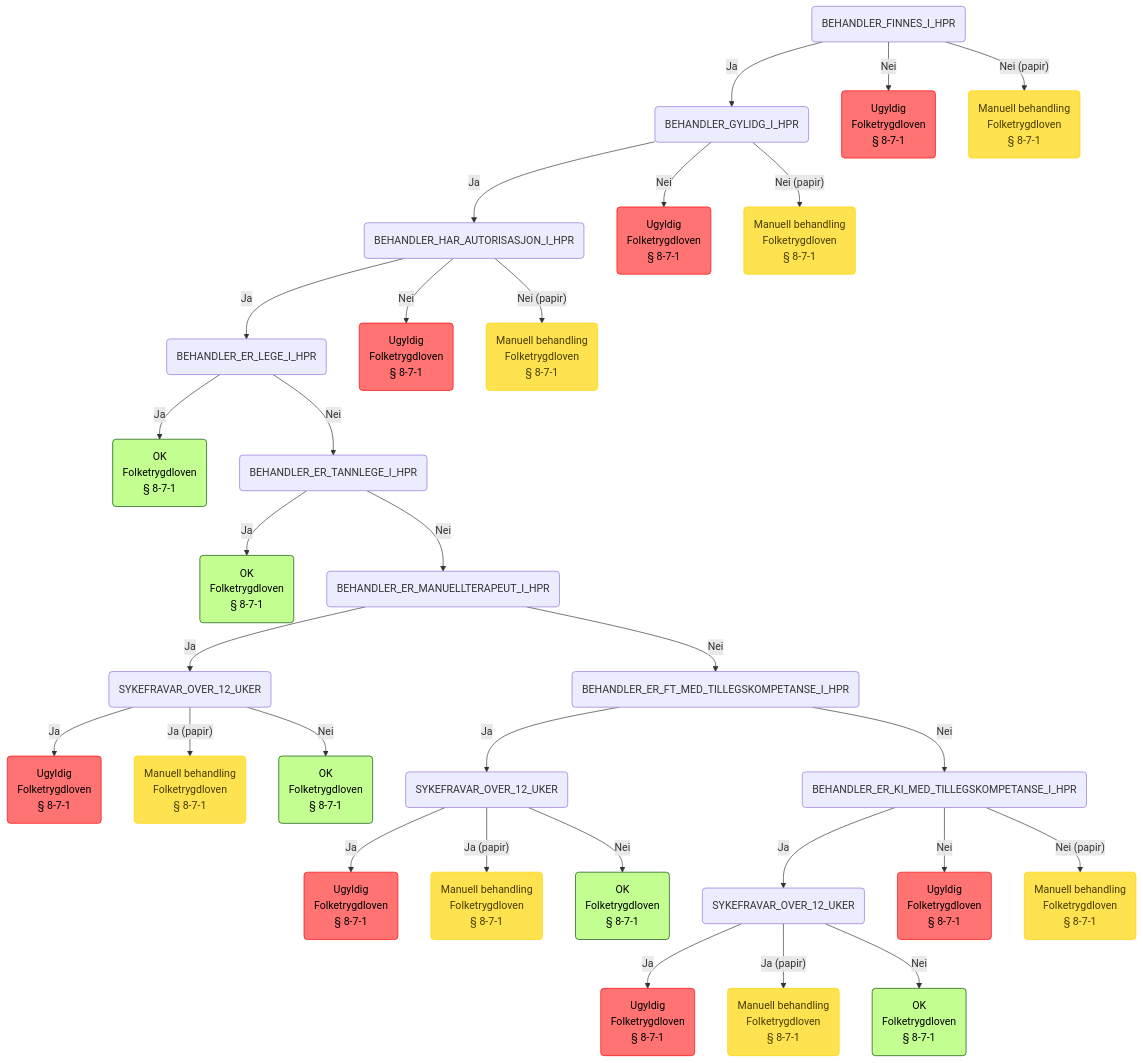
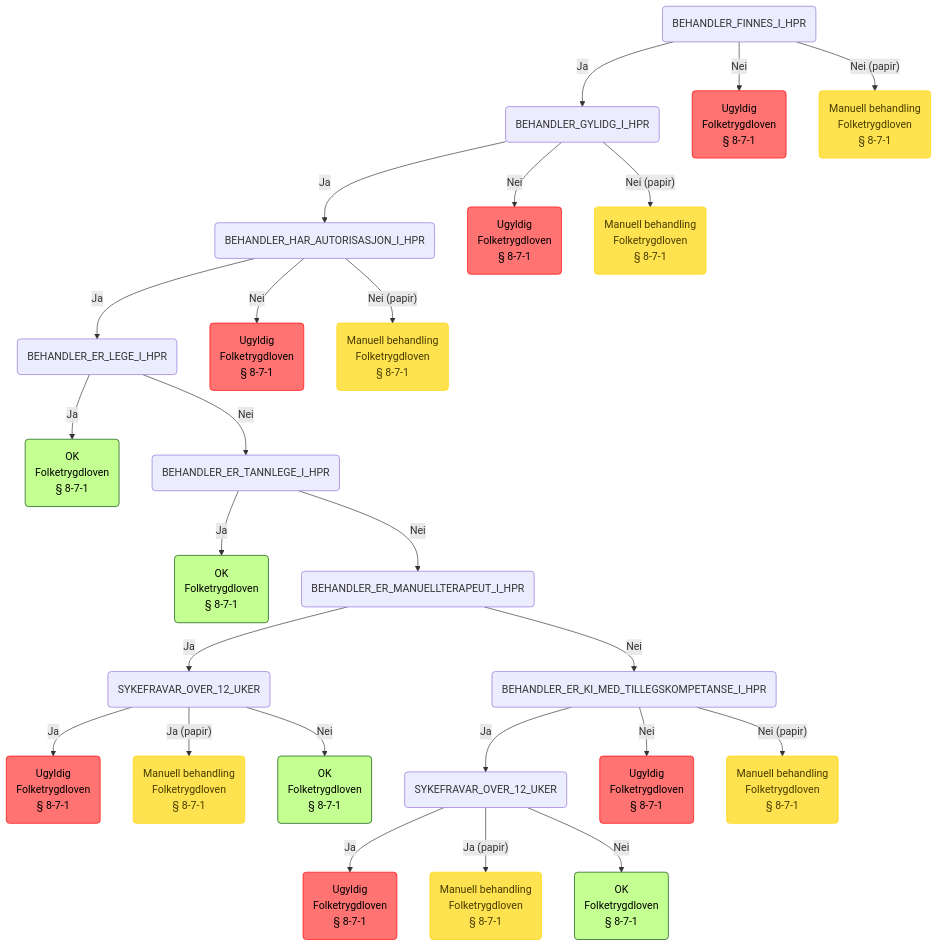
The fourth of 8 diagrams in RULE-TREE.md (navikt/regulus-regula), drawn with Mermaid before and after one commit. The commit also changed 5 other files, not shown here.

```diff
--- a/RULE-TREE.md
+++ b/RULE-TREE.md
@@ -127,38 +127,24 @@
 Folketrygdloven
  § 8-7-1):::ok
     click root_BEHANDLER_FINNES_I_HPR_BEHANDLER_GYLIDG_I_HPR_BEHANDLER_HAR_AUTORISASJON_I_HPR_BEHANDLER_ER_LEGE_I_HPR_BEHANDLER_ER_TANNLEGE_I_HPR_BEHANDLER_ER_MANUELLTERAPEUT_I_HPR_SYKEFRAVAR_OVER_12_UKER_OK "https://lovdata.no/nav/folketrygdloven/kap8#PARAGRAF_8-7" "Gå til lovdata"
-    root_BEHANDLER_FINNES_I_HPR_BEHANDLER_GYLIDG_I_HPR_BEHANDLER_HAR_AUTORISASJON_I_HPR_BEHANDLER_ER_LEGE_I_HPR_BEHANDLER_ER_TANNLEGE_I_HPR_BEHANDLER_ER_MANUELLTERAPEUT_I_HPR(BEHANDLER_ER_MANUELLTERAPEUT_I_HPR) -->|Nei| root_BEHANDLER_FINNES_I_HPR_BEHANDLER_GYLIDG_I_HPR_BEHANDLER_HAR_AUTORISASJON_I_HPR_BEHANDLER_ER_LEGE_I_HPR_BEHANDLER_ER_TANNLEGE_I_HPR_BEHANDLER_ER_MANUELLTERAPEUT_I_HPR_BEHANDLER_ER_FT_MED_TILLEGSKOMPETANSE_I_HPR(BEHANDLER_ER_FT_MED_TILLEGSKOMPETANSE_I_HPR)
-    root_BEHANDLER_FINNES_I_HPR_BEHANDLER_GYLIDG_I_HPR_BEHANDLER_HAR_AUTORISASJON_I_HPR_BEHANDLER_ER_LEGE_I_HPR_BEHANDLER_ER_TANNLEGE_I_HPR_BEHANDLER_ER_MANUELLTERAPEUT_I_HPR_BEHANDLER_ER_FT_MED_TILLEGSKOMPETANSE_I_HPR(BEHANDLER_ER_FT_MED_TILLEGSKOMPETANSE_I_HPR) -->|Ja| root_BEHANDLER_FINNES_I_HPR_BEHANDLER_GYLIDG_I_HPR_BEHANDLER_HAR_AUTORISASJON_I_HPR_BEHANDLER_ER_LEGE_I_HPR_BEHANDLER_ER_TANNLEGE_I_HPR_BEHANDLER_ER_MANUELLTERAPEUT_I_HPR_BEHANDLER_ER_FT_MED_TILLEGSKOMPETANSE_I_HPR_SYKEFRAVAR_OVER_12_UKER(SYKEFRAVAR_OVER_12_UKER)
-    root_BEHANDLER_FINNES_I_HPR_BEHANDLER_GYLIDG_I_HPR_BEHANDLER_HAR_AUTORISASJON_I_HPR_BEHANDLER_ER_LEGE_I_HPR_BEHANDLER_ER_TANNLEGE_I_HPR_BEHANDLER_ER_MANUELLTERAPEUT_I_HPR_BEHANDLER_ER_FT_MED_TILLEGSKOMPETANSE_I_HPR_SYKEFRAVAR_OVER_12_UKER(SYKEFRAVAR_OVER_12_UKER) -->|Ja| root_BEHANDLER_FINNES_I_HPR_BEHANDLER_GYLIDG_I_HPR_BEHANDLER_HAR_AUTORISASJON_I_HPR_BEHANDLER_ER_LEGE_I_HPR_BEHANDLER_ER_TANNLEGE_I_HPR_BEHANDLER_ER_MANUELLTERAPEUT_I_HPR_BEHANDLER_ER_FT_MED_TILLEGSKOMPETANSE_I_HPR_SYKEFRAVAR_OVER_12_UKER_INVALID(Ugyldig
+    root_BEHANDLER_FINNES_I_HPR_BEHANDLER_GYLIDG_I_HPR_BEHANDLER_HAR_AUTORISASJON_I_HPR_BEHANDLER_ER_LEGE_I_HPR_BEHANDLER_ER_TANNLEGE_I_HPR_BEHANDLER_ER_MANUELLTERAPEUT_I_HPR(BEHANDLER_ER_MANUELLTERAPEUT_I_HPR) -->|Nei| root_BEHANDLER_FINNES_I_HPR_BEHANDLER_GYLIDG_I_HPR_BEHANDLER_HAR_AUTORISASJON_I_HPR_BEHANDLER_ER_LEGE_I_HPR_BEHANDLER_ER_TANNLEGE_I_HPR_BEHANDLER_ER_MANUELLTERAPEUT_I_HPR_BEHANDLER_ER_KI_MED_TILLEGSKOMPETANSE_I_HPR(BEHANDLER_ER_KI_MED_TILLEGSKOMPETANSE_I_HPR)
+    root_BEHANDLER_FINNES_I_HPR_BEHANDLER_GYLIDG_I_HPR_BEHANDLER_HAR_AUTORISASJON_I_HPR_BEHANDLER_ER_LEGE_I_HPR_BEHANDLER_ER_TANNLEGE_I_HPR_BEHANDLER_ER_MANUELLTERAPEUT_I_HPR_BEHANDLER_ER_KI_MED_TILLEGSKOMPETANSE_I_HPR(BEHANDLER_ER_KI_MED_TILLEGSKOMPETANSE_I_HPR) -->|Ja| root_BEHANDLER_FINNES_I_HPR_BEHANDLER_GYLIDG_I_HPR_BEHANDLER_HAR_AUTORISASJON_I_HPR_BEHANDLER_ER_LEGE_I_HPR_BEHANDLER_ER_TANNLEGE_I_HPR_BEHANDLER_ER_MANUELLTERAPEUT_I_HPR_BEHANDLER_ER_KI_MED_TILLEGSKOMPETANSE_I_HPR_SYKEFRAVAR_OVER_12_UKER(SYKEFRAVAR_OVER_12_UKER)
+    root_BEHANDLER_FINNES_I_HPR_BEHANDLER_GYLIDG_I_HPR_BEHANDLER_HAR_AUTORISASJON_I_HPR_BEHANDLER_ER_LEGE_I_HPR_BEHANDLER_ER_TANNLEGE_I_HPR_BEHANDLER_ER_MANUELLTERAPEUT_I_HPR_BEHANDLER_ER_KI_MED_TILLEGSKOMPETANSE_I_HPR_SYKEFRAVAR_OVER_12_UKER(SYKEFRAVAR_OVER_12_UKER) -->|Ja| root_BEHANDLER_FINNES_I_HPR_BEHANDLER_GYLIDG_I_HPR_BEHANDLER_HAR_AUTORISASJON_I_HPR_BEHANDLER_ER_LEGE_I_HPR_BEHANDLER_ER_TANNLEGE_I_HPR_BEHANDLER_ER_MANUELLTERAPEUT_I_HPR_BEHANDLER_ER_KI_MED_TILLEGSKOMPETANSE_I_HPR_SYKEFRAVAR_OVER_12_UKER_INVALID(Ugyldig
 Folketrygdloven
  § 8-7-1):::invalid
-    click root_BEHANDLER_FINNES_I_HPR_BEHANDLER_GYLIDG_I_HPR_BEHANDLER_HAR_AUTORISASJON_I_HPR_BEHANDLER_ER_LEGE_I_HPR_BEHANDLER_ER_TANNLEGE_I_HPR_BEHANDLER_ER_MANUELLTERAPEUT_I_HPR_BEHANDLER_ER_FT_MED_TILLEGSKOMPETANSE_I_HPR_SYKEFRAVAR_OVER_12_UKER_INVALID "https://lovdata.no/nav/folketrygdloven/kap8#PARAGRAF_8-7" "Gå til lovdata"
-    root_BEHANDLER_FINNES_I_HPR_BEHANDLER_GYLIDG_I_HPR_BEHANDLER_HAR_AUTORISASJON_I_HPR_BEHANDLER_ER_LEGE_I_HPR_BEHANDLER_ER_TANNLEGE_I_HPR_BEHANDLER_ER_MANUELLTERAPEUT_I_HPR_BEHANDLER_ER_FT_MED_TILLEGSKOMPETANSE_I_HPR_SYKEFRAVAR_OVER_12_UKER(SYKEFRAVAR_OVER_12_UKER) -->|"Ja (papir)"| root_BEHANDLER_FINNES_I_HPR_BEHANDLER_GYLIDG_I_HPR_BEHANDLER_HAR_AUTORISASJON_I_HPR_BEHANDLER_ER_LEGE_I_HPR_BEHANDLER_ER_TANNLEGE_I_HPR_BEHANDLER_ER_MANUELLTERAPEUT_I_HPR_BEHANDLER_ER_FT_MED_TILLEGSKOMPETANSE_I_HPR_SYKEFRAVAR_OVER_12_UKER_INVALID_papir(Manuell behandling
+    click root_BEHANDLER_FINNES_I_HPR_BEHANDLER_GYLIDG_I_HPR_BEHANDLER_HAR_AUTORISASJON_I_HPR_BEHANDLER_ER_LEGE_I_HPR_BEHANDLER_ER_TANNLEGE_I_HPR_BEHANDLER_ER_MANUELLTERAPEUT_I_HPR_BEHANDLER_ER_KI_MED_TILLEGSKOMPETANSE_I_HPR_SYKEFRAVAR_OVER_12_UKER_INVALID "https://lovdata.no/nav/folketrygdloven/kap8#PARAGRAF_8-7" "Gå til lovdata"
+    root_BEHANDLER_FINNES_I_HPR_BEHANDLER_GYLIDG_I_HPR_BEHANDLER_HAR_AUTORISASJON_I_HPR_BEHANDLER_ER_LEGE_I_HPR_BEHANDLER_ER_TANNLEGE_I_HPR_BEHANDLER_ER_MANUELLTERAPEUT_I_HPR_BEHANDLER_ER_KI_MED_TILLEGSKOMPETANSE_I_HPR_SYKEFRAVAR_OVER_12_UKER(SYKEFRAVAR_OVER_12_UKER) -->|"Ja (papir)"| root_BEHANDLER_FINNES_I_HPR_BEHANDLER_GYLIDG_I_HPR_BEHANDLER_HAR_AUTORISASJON_I_HPR_BEHANDLER_ER_LEGE_I_HPR_BEHANDLER_ER_TANNLEGE_I_HPR_BEHANDLER_ER_MANUELLTERAPEUT_I_HPR_BEHANDLER_ER_KI_MED_TILLEGSKOMPETANSE_I_HPR_SYKEFRAVAR_OVER_12_UKER_INVALID_papir(Manuell behandling
 Folketrygdloven
  § 8-7-1):::manuell
-    click root_BEHANDLER_FINNES_I_HPR_BEHANDLER_GYLIDG_I_HPR_BEHANDLER_HAR_AUTORISASJON_I_HPR_BEHANDLER_ER_LEGE_I_HPR_BEHANDLER_ER_TANNLEGE_I_HPR_BEHANDLER_ER_MANUELLTERAPEUT_I_HPR_BEHANDLER_ER_FT_MED_TILLEGSKOMPETANSE_I_HPR_SYKEFRAVAR_OVER_12_UKER_INVALID_papir "https://lovdata.no/nav/folketrygdloven/kap8#PARAGRAF_8-7" "Gå til lovdata"
-    root_BEHANDLER_FINNES_I_HPR_BEHANDLER_GYLIDG_I_HPR_BEHANDLER_HAR_AUTORISASJON_I_HPR_BEHANDLER_ER_LEGE_I_HPR_BEHANDLER_ER_TANNLEGE_I_HPR_BEHANDLER_ER_MANUELLTERAPEUT_I_HPR_BEHANDLER_ER_FT_MED_TILLEGSKOMPETANSE_I_HPR_SYKEFRAVAR_OVER_12_UKER(SYKEFRAVAR_OVER_12_UKER) -->|Nei| root_BEHANDLER_FINNES_I_HPR_BEHANDLER_GYLIDG_I_HPR_BEHANDLER_HAR_AUTORISASJON_I_HPR_BEHANDLER_ER_LEGE_I_HPR_BEHANDLER_ER_TANNLEGE_I_HPR_BEHANDLER_ER_MANUELLTERAPEUT_I_HPR_BEHANDLER_ER_FT_MED_TILLEGSKOMPETANSE_I_HPR_SYKEFRAVAR_OVER_12_UKER_OK(OK
+    click root_BEHANDLER_FINNES_I_HPR_BEHANDLER_GYLIDG_I_HPR_BEHANDLER_HAR_AUTORISASJON_I_HPR_BEHANDLER_ER_LEGE_I_HPR_BEHANDLER_ER_TANNLEGE_I_HPR_BEHANDLER_ER_MANUELLTERAPEUT_I_HPR_BEHANDLER_ER_KI_MED_TILLEGSKOMPETANSE_I_HPR_SYKEFRAVAR_OVER_12_UKER_INVALID_papir "https://lovdata.no/nav/folketrygdloven/kap8#PARAGRAF_8-7" "Gå til lovdata"
+    root_BEHANDLER_FINNES_I_HPR_BEHANDLER_GYLIDG_I_HPR_BEHANDLER_HAR_AUTORISASJON_I_HPR_BEHANDLER_ER_LEGE_I_HPR_BEHANDLER_ER_TANNLEGE_I_HPR_BEHANDLER_ER_MANUELLTERAPEUT_I_HPR_BEHANDLER_ER_KI_MED_TILLEGSKOMPETANSE_I_HPR_SYKEFRAVAR_OVER_12_UKER(SYKEFRAVAR_OVER_12_UKER) -->|Nei| root_BEHANDLER_FINNES_I_HPR_BEHANDLER_GYLIDG_I_HPR_BEHANDLER_HAR_AUTORISASJON_I_HPR_BEHANDLER_ER_LEGE_I_HPR_BEHANDLER_ER_TANNLEGE_I_HPR_BEHANDLER_ER_MANUELLTERAPEUT_I_HPR_BEHANDLER_ER_KI_MED_TILLEGSKOMPETANSE_I_HPR_SYKEFRAVAR_OVER_12_UKER_OK(OK
 Folketrygdloven
  § 8-7-1):::ok
-    click root_BEHANDLER_FINNES_I_HPR_BEHANDLER_GYLIDG_I_HPR_BEHANDLER_HAR_AUTORISASJON_I_HPR_BEHANDLER_ER_LEGE_I_HPR_BEHANDLER_ER_TANNLEGE_I_HPR_BEHANDLER_ER_MANUELLTERAPEUT_I_HPR_BEHANDLER_ER_FT_MED_TILLEGSKOMPETANSE_I_HPR_SYKEFRAVAR_OVER_12_UKER_OK "https://lovdata.no/nav/folketrygdloven/kap8#PARAGRAF_8-7" "Gå til lovdata"
-    root_BEHANDLER_FINNES_I_HPR_BEHANDLER_GYLIDG_I_HPR_BEHANDLER_HAR_AUTORISASJON_I_HPR_BEHANDLER_ER_LEGE_I_HPR_BEHANDLER_ER_TANNLEGE_I_HPR_BEHANDLER_ER_MANUELLTERAPEUT_I_HPR_BEHANDLER_ER_FT_MED_TILLEGSKOMPETANSE_I_HPR(BEHANDLER_ER_FT_MED_TILLEGSKOMPETANSE_I_HPR) -->|Nei| root_BEHANDLER_FINNES_I_HPR_BEHANDLER_GYLIDG_I_HPR_BEHANDLER_HAR_AUTORISASJON_I_HPR_BEHANDLER_ER_LEGE_I_HPR_BEHANDLER_ER_TANNLEGE_I_HPR_BEHANDLER_ER_MANUELLTERAPEUT_I_HPR_BEHANDLER_ER_FT_MED_TILLEGSKOMPETANSE_I_HPR_BEHANDLER_ER_KI_MED_TILLEGSKOMPETANSE_I_HPR(BEHANDLER_ER_KI_MED_TILLEGSKOMPETANSE_I_HPR)
-    root_BEHANDLER_FINNES_I_HPR_BEHANDLER_GYLIDG_I_HPR_BEHANDLER_HAR_AUTORISASJON_I_HPR_BEHANDLER_ER_LEGE_I_HPR_BEHANDLER_ER_TANNLEGE_I_HPR_BEHANDLER_ER_MANUELLTERAPEUT_I_HPR_BEHANDLER_ER_FT_MED_TILLEGSKOMPETANSE_I_HPR_BEHANDLER_ER_KI_MED_TILLEGSKOMPETANSE_I_HPR(BEHANDLER_ER_KI_MED_TILLEGSKOMPETANSE_I_HPR) -->|Ja| root_BEHANDLER_FINNES_I_HPR_BEHANDLER_GYLIDG_I_HPR_BEHANDLER_HAR_AUTORISASJON_I_HPR_BEHANDLER_ER_LEGE_I_HPR_BEHANDLER_ER_TANNLEGE_I_HPR_BEHANDLER_ER_MANUELLTERAPEUT_I_HPR_BEHANDLER_ER_FT_MED_TILLEGSKOMPETANSE_I_HPR_BEHANDLER_ER_KI_MED_TILLEGSKOMPETANSE_I_HPR_SYKEFRAVAR_OVER_12_UKER(SYKEFRAVAR_OVER_12_UKER)
-    root_BEHANDLER_FINNES_I_HPR_BEHANDLER_GYLIDG_I_HPR_BEHANDLER_HAR_AUTORISASJON_I_HPR_BEHANDLER_ER_LEGE_I_HPR_BEHANDLER_ER_TANNLEGE_I_HPR_BEHANDLER_ER_MANUELLTERAPEUT_I_HPR_BEHANDLER_ER_FT_MED_TILLEGSKOMPETANSE_I_HPR_BEHANDLER_ER_KI_MED_TILLEGSKOMPETANSE_I_HPR_SYKEFRAVAR_OVER_12_UKER(SYKEFRAVAR_OVER_12_UKER) -->|Ja| root_BEHANDLER_FINNES_I_HPR_BEHANDLER_GYLIDG_I_HPR_BEHANDLER_HAR_AUTORISASJON_I_HPR_BEHANDLER_ER_LEGE_I_HPR_BEHANDLER_ER_TANNLEGE_I_HPR_BEHANDLER_ER_MANUELLTERAPEUT_I_HPR_BEHANDLER_ER_FT_MED_TILLEGSKOMPETANSE_I_HPR_BEHANDLER_ER_KI_MED_TILLEGSKOMPETANSE_I_HPR_SYKEFRAVAR_OVER_12_UKER_INVALID(Ugyldig
+    click root_BEHANDLER_FINNES_I_HPR_BEHANDLER_GYLIDG_I_HPR_BEHANDLER_HAR_AUTORISASJON_I_HPR_BEHANDLER_ER_LEGE_I_HPR_BEHANDLER_ER_TANNLEGE_I_HPR_BEHANDLER_ER_MANUELLTERAPEUT_I_HPR_BEHANDLER_ER_KI_MED_TILLEGSKOMPETANSE_I_HPR_SYKEFRAVAR_OVER_12_UKER_OK "https://lovdata.no/nav/folketrygdloven/kap8#PARAGRAF_8-7" "Gå til lovdata"
+    root_BEHANDLER_FINNES_I_HPR_BEHANDLER_GYLIDG_I_HPR_BEHANDLER_HAR_AUTORISASJON_I_HPR_BEHANDLER_ER_LEGE_I_HPR_BEHANDLER_ER_TANNLEGE_I_HPR_BEHANDLER_ER_MANUELLTERAPEUT_I_HPR_BEHANDLER_ER_KI_MED_TILLEGSKOMPETANSE_I_HPR(BEHANDLER_ER_KI_MED_TILLEGSKOMPETANSE_I_HPR) -->|Nei| root_BEHANDLER_FINNES_I_HPR_BEHANDLER_GYLIDG_I_HPR_BEHANDLER_HAR_AUTORISASJON_I_HPR_BEHANDLER_ER_LEGE_I_HPR_BEHANDLER_ER_TANNLEGE_I_HPR_BEHANDLER_ER_MANUELLTERAPEUT_I_HPR_BEHANDLER_ER_KI_MED_TILLEGSKOMPETANSE_I_HPR_INVALID(Ugyldig
 Folketrygdloven
  § 8-7-1):::invalid
-    click root_BEHANDLER_FINNES_I_HPR_BEHANDLER_GYLIDG_I_HPR_BEHANDLER_HAR_AUTORISASJON_I_HPR_BEHANDLER_ER_LEGE_I_HPR_BEHANDLER_ER_TANNLEGE_I_HPR_BEHANDLER_ER_MANUELLTERAPEUT_I_HPR_BEHANDLER_ER_FT_MED_TILLEGSKOMPETANSE_I_HPR_BEHANDLER_ER_KI_MED_TILLEGSKOMPETANSE_I_HPR_SYKEFRAVAR_OVER_12_UKER_INVALID "https://lovdata.no/nav/folketrygdloven/kap8#PARAGRAF_8-7" "Gå til lovdata"
-    root_BEHANDLER_FINNES_I_HPR_BEHANDLER_GYLIDG_I_HPR_BEHANDLER_HAR_AUTORISASJON_I_HPR_BEHANDLER_ER_LEGE_I_HPR_BEHANDLER_ER_TANNLEGE_I_HPR_BEHANDLER_ER_MANUELLTERAPEUT_I_HPR_BEHANDLER_ER_FT_MED_TILLEGSKOMPETANSE_I_HPR_BEHANDLER_ER_KI_MED_TILLEGSKOMPETANSE_I_HPR_SYKEFRAVAR_OVER_12_UKER(SYKEFRAVAR_OVER_12_UKER) -->|"Ja (papir)"| root_BEHANDLER_FINNES_I_HPR_BEHANDLER_GYLIDG_I_HPR_BEHANDLER_HAR_AUTORISASJON_I_HPR_BEHANDLER_ER_LEGE_I_HPR_BEHANDLER_ER_TANNLEGE_I_HPR_BEHANDLER_ER_MANUELLTERAPEUT_I_HPR_BEHANDLER_ER_FT_MED_TILLEGSKOMPETANSE_I_HPR_BEHANDLER_ER_KI_MED_TILLEGSKOMPETANSE_I_HPR_SYKEFRAVAR_OVER_12_UKER_INVALID_papir(Manuell behandling
-Folketrygdloven
- § 8-7-1):::manuell
-    click root_BEHANDLER_FINNES_I_HPR_BEHANDLER_GYLIDG_I_HPR_BEHANDLER_HAR_AUTORISASJON_I_HPR_BEHANDLER_ER_LEGE_I_HPR_BEHANDLER_ER_TANNLEGE_I_HPR_BEHANDLER_ER_MANUELLTERAPEUT_I_HPR_BEHANDLER_ER_FT_MED_TILLEGSKOMPETANSE_I_HPR_BEHANDLER_ER_KI_MED_TILLEGSKOMPETANSE_I_HPR_SYKEFRAVAR_OVER_12_UKER_INVALID_papir "https://lovdata.no/nav/folketrygdloven/kap8#PARAGRAF_8-7" "Gå til lovdata"
-    root_BEHANDLER_FINNES_I_HPR_BEHANDLER_GYLIDG_I_HPR_BEHANDLER_HAR_AUTORISASJON_I_HPR_BEHANDLER_ER_LEGE_I_HPR_BEHANDLER_ER_TANNLEGE_I_HPR_BEHANDLER_ER_MANUELLTERAPEUT_I_HPR_BEHANDLER_ER_FT_MED_TILLEGSKOMPETANSE_I_HPR_BEHANDLER_ER_KI_MED_TILLEGSKOMPETANSE_I_HPR_SYKEFRAVAR_OVER_12_UKER(SYKEFRAVAR_OVER_12_UKER) -->|Nei| root_BEHANDLER_FINNES_I_HPR_BEHANDLER_GYLIDG_I_HPR_BEHANDLER_HAR_AUTORISASJON_I_HPR_BEHANDLER_ER_LEGE_I_HPR_BEHANDLER_ER_TANNLEGE_I_HPR_BEHANDLER_ER_MANUELLTERAPEUT_I_HPR_BEHANDLER_ER_FT_MED_TILLEGSKOMPETANSE_I_HPR_BEHANDLER_ER_KI_MED_TILLEGSKOMPETANSE_I_HPR_SYKEFRAVAR_OVER_12_UKER_OK(OK
-Folketrygdloven
- § 8-7-1):::ok
-    click root_BEHANDLER_FINNES_I_HPR_BEHANDLER_GYLIDG_I_HPR_BEHANDLER_HAR_AUTORISASJON_I_HPR_BEHANDLER_ER_LEGE_I_HPR_BEHANDLER_ER_TANNLEGE_I_HPR_BEHANDLER_ER_MANUELLTERAPEUT_I_HPR_BEHANDLER_ER_FT_MED_TILLEGSKOMPETANSE_I_HPR_BEHANDLER_ER_KI_MED_TILLEGSKOMPETANSE_I_HPR_SYKEFRAVAR_OVER_12_UKER_OK "https://lovdata.no/nav/folketrygdloven/kap8#PARAGRAF_8-7" "Gå til lovdata"
-    root_BEHANDLER_FINNES_I_HPR_BEHANDLER_GYLIDG_I_HPR_BEHANDLER_HAR_AUTORISASJON_I_HPR_BEHANDLER_ER_LEGE_I_HPR_BEHANDLER_ER_TANNLEGE_I_HPR_BEHANDLER_ER_MANUELLTERAPEUT_I_HPR_BEHANDLER_ER_FT_MED_TILLEGSKOMPETANSE_I_HPR_BEHANDLER_ER_KI_MED_TILLEGSKOMPETANSE_I_HPR(BEHANDLER_ER_KI_MED_TILLEGSKOMPETANSE_I_HPR) -->|Nei| root_BEHANDLER_FINNES_I_HPR_BEHANDLER_GYLIDG_I_HPR_BEHANDLER_HAR_AUTORISASJON_I_HPR_BEHANDLER_ER_LEGE_I_HPR_BEHANDLER_ER_TANNLEGE_I_HPR_BEHANDLER_ER_MANUELLTERAPEUT_I_HPR_BEHANDLER_ER_FT_MED_TILLEGSKOMPETANSE_I_HPR_BEHANDLER_ER_KI_MED_TILLEGSKOMPETANSE_I_HPR_INVALID(Ugyldig
-Folketrygdloven
- § 8-7-1):::invalid
-    root_BEHANDLER_FINNES_I_HPR_BEHANDLER_GYLIDG_I_HPR_BEHANDLER_HAR_AUTORISASJON_I_HPR_BEHANDLER_ER_LEGE_I_HPR_BEHANDLER_ER_TANNLEGE_I_HPR_BEHANDLER_ER_MANUELLTERAPEUT_I_HPR_BEHANDLER_ER_FT_MED_TILLEGSKOMPETANSE_I_HPR_BEHANDLER_ER_KI_MED_TILLEGSKOMPETANSE_I_HPR(BEHANDLER_ER_KI_MED_TILLEGSKOMPETANSE_I_HPR) -->|"Nei (papir)"| root_BEHANDLER_FINNES_I_HPR_BEHANDLER_GYLIDG_I_HPR_BEHANDLER_HAR_AUTORISASJON_I_HPR_BEHANDLER_ER_LEGE_I_HPR_BEHANDLER_ER_TANNLEGE_I_HPR_BEHANDLER_ER_MANUELLTERAPEUT_I_HPR_BEHANDLER_ER_FT_MED_TILLEGSKOMPETANSE_I_HPR_BEHANDLER_ER_KI_MED_TILLEGSKOMPETANSE_I_HPR_INVALID_papir(Manuell behandling
+    root_BEHANDLER_FINNES_I_HPR_BEHANDLER_GYLIDG_I_HPR_BEHANDLER_HAR_AUTORISASJON_I_HPR_BEHANDLER_ER_LEGE_I_HPR_BEHANDLER_ER_TANNLEGE_I_HPR_BEHANDLER_ER_MANUELLTERAPEUT_I_HPR_BEHANDLER_ER_KI_MED_TILLEGSKOMPETANSE_I_HPR(BEHANDLER_ER_KI_MED_TILLEGSKOMPETANSE_I_HPR) -->|"Nei (papir)"| root_BEHANDLER_FINNES_I_HPR_BEHANDLER_GYLIDG_I_HPR_BEHANDLER_HAR_AUTORISASJON_I_HPR_BEHANDLER_ER_LEGE_I_HPR_BEHANDLER_ER_TANNLEGE_I_HPR_BEHANDLER_ER_MANUELLTERAPEUT_I_HPR_BEHANDLER_ER_KI_MED_TILLEGSKOMPETANSE_I_HPR_INVALID_papir(Manuell behandling
 Folketrygdloven
  § 8-7-1):::manuell
     root_BEHANDLER_FINNES_I_HPR_BEHANDLER_GYLIDG_I_HPR_BEHANDLER_HAR_AUTORISASJON_I_HPR(BEHANDLER_HAR_AUTORISASJON_I_HPR) -->|Nei| root_BEHANDLER_FINNES_I_HPR_BEHANDLER_GYLIDG_I_HPR_BEHANDLER_HAR_AUTORISASJON_I_HPR_INVALID(Ugyldig
```
